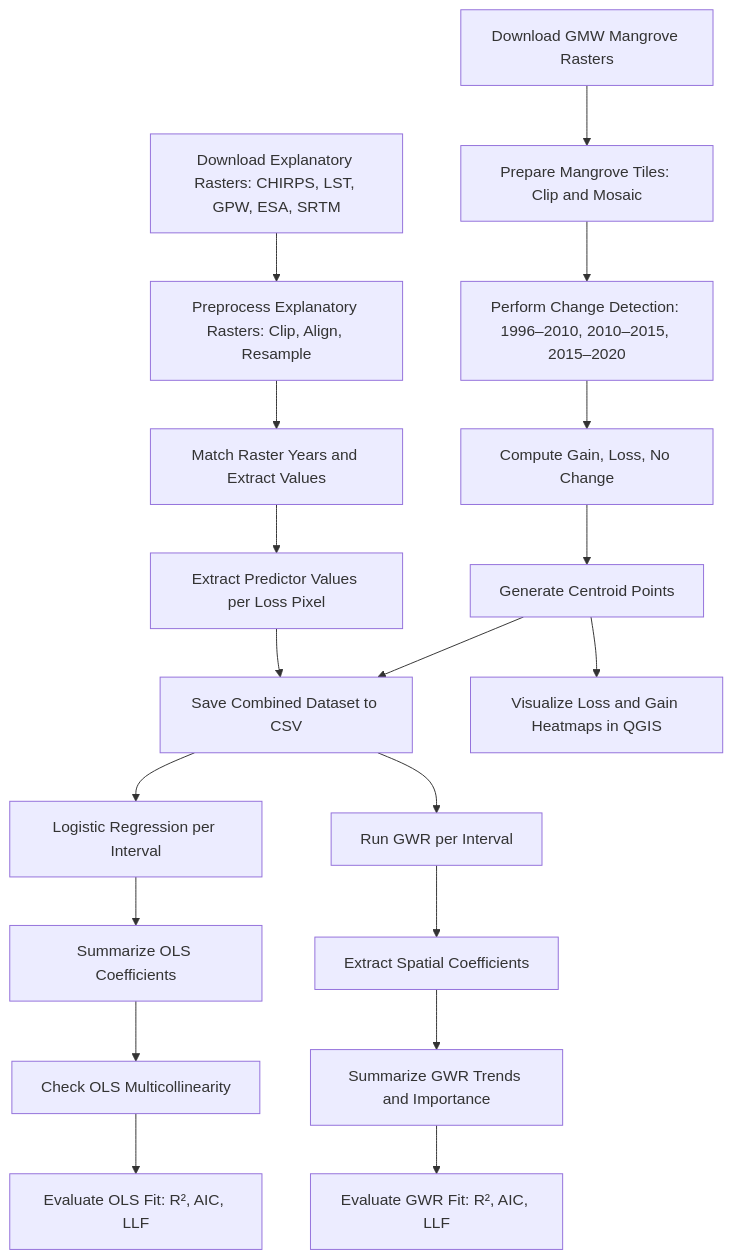
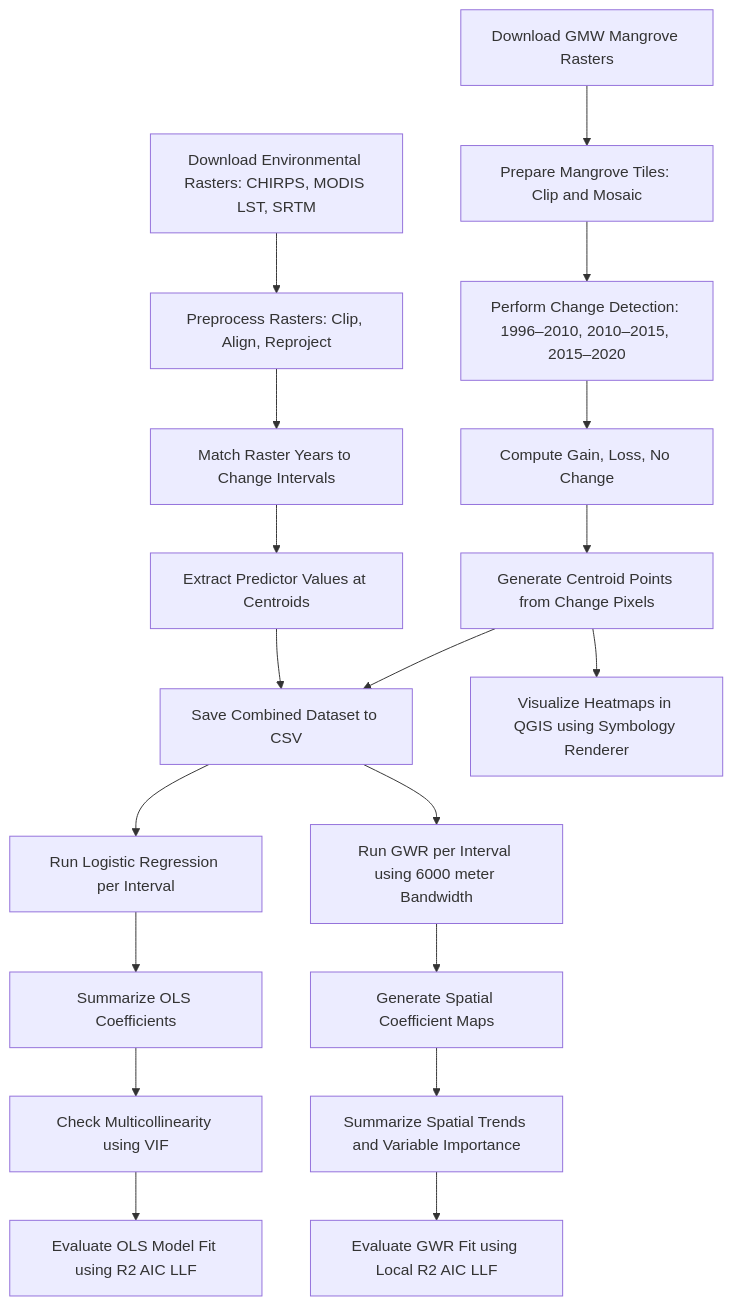
The diagram in README.md (jarencecasisirano/palawan-mangroves), drawn with Mermaid before and after one commit.

````diff
--- a/README.md
+++ b/README.md
@@ -32,37 +32,37 @@
 ```mermaid
 flowchart TD
 
 %% Input Sources
 A1[Download GMW Mangrove Rasters]
-A2[Download Explanatory Rasters: CHIRPS, LST, GPW, ESA, SRTM]
+A2[Download Environmental Rasters: CHIRPS, MODIS LST, SRTM]
 
 %% Mangrove Processing
 A1 --> B1[Prepare Mangrove Tiles: Clip and Mosaic]
 B1 --> C1[Perform Change Detection: 1996–2010, 2010–2015, 2015–2020]
 C1 --> D1[Compute Gain, Loss, No Change]
 
-%% Explanatory Data Prep
-A2 --> B2[Preprocess Explanatory Rasters: Clip, Align, Resample]
-B2 --> C2[Match Raster Years and Extract Values]
+%% Environmental Data Prep
+A2 --> B2[Preprocess Rasters: Clip, Align, Reproject]
+B2 --> C2[Match Raster Years to Change Intervals]
 
-%% Aligning Step: Centroids and CSV
-D1 --> E1[Generate Centroid Points]
-C2 --> E2[Extract Predictor Values per Loss Pixel]
+%% Alignment and Sampling
+D1 --> E1[Generate Centroid Points from Change Pixels]
+C2 --> E2[Extract Predictor Values at Centroids]
 E1 --> F1[Save Combined Dataset to CSV]
 E2 --> F1
 
 %% Visualization
-E1 --> V1[Visualize Loss and Gain Heatmaps in QGIS]
+E1 --> V1[Visualize Heatmaps in QGIS using Symbology Renderer]
 
 %% OLS Regression Path
-F1 --> R1[Logistic Regression per Interval]
+F1 --> R1[Run Logistic Regression per Interval]
 R1 --> R2[Summarize OLS Coefficients]
-R2 --> R3[Check OLS Multicollinearity]
-R3 --> R4[Evaluate OLS Fit: R², AIC, LLF]
+R2 --> R3[Check Multicollinearity using VIF]
+R3 --> R4[Evaluate OLS Model Fit using R2 AIC LLF]
 
 %% GWR Path
-F1 --> GWR1[Run GWR per Interval]
-GWR1 --> GWR2[Extract Spatial Coefficients]
-GWR2 --> GWR3[Summarize GWR Trends and Importance]
-GWR3 --> GWR4[Evaluate GWR Fit: R², AIC, LLF]
+F1 --> GWR1[Run GWR per Interval using 6000 meter Bandwidth]
+GWR1 --> GWR2[Generate Spatial Coefficient Maps]
+GWR2 --> GWR3[Summarize Spatial Trends and Variable Importance]
+GWR3 --> GWR4[Evaluate GWR Fit using Local R2 AIC LLF]
 ```
````
